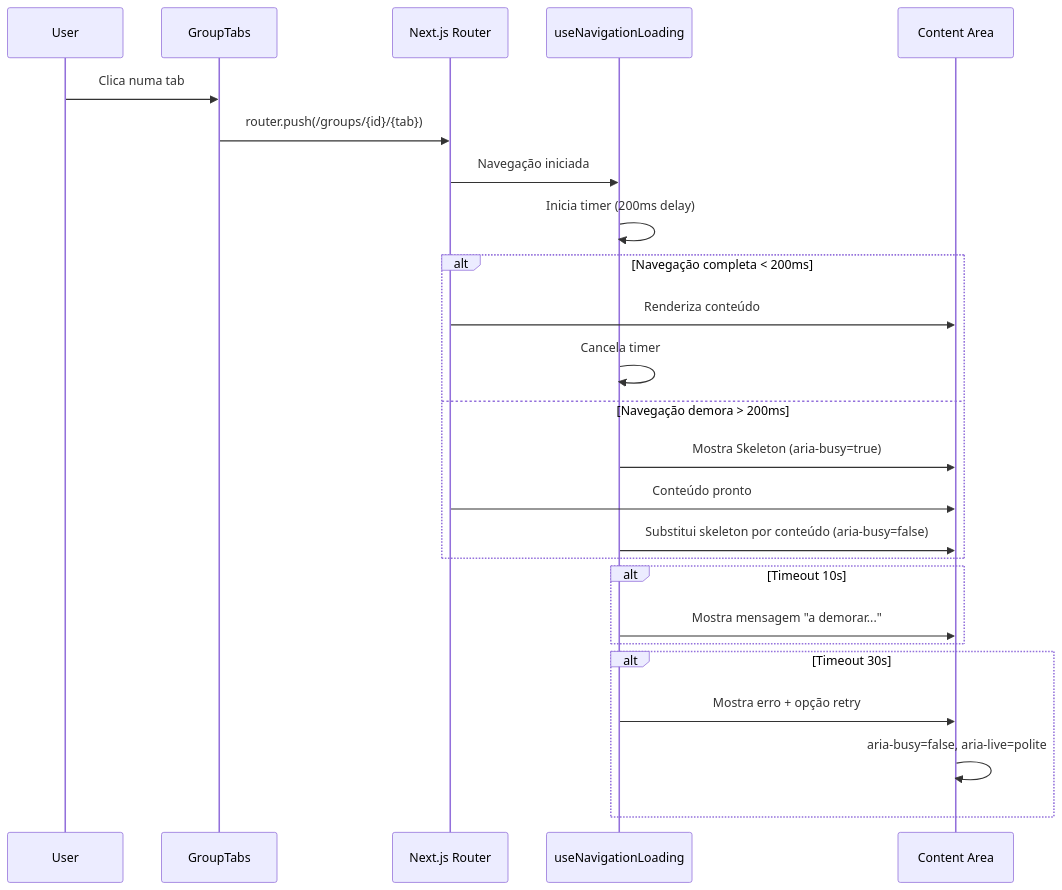
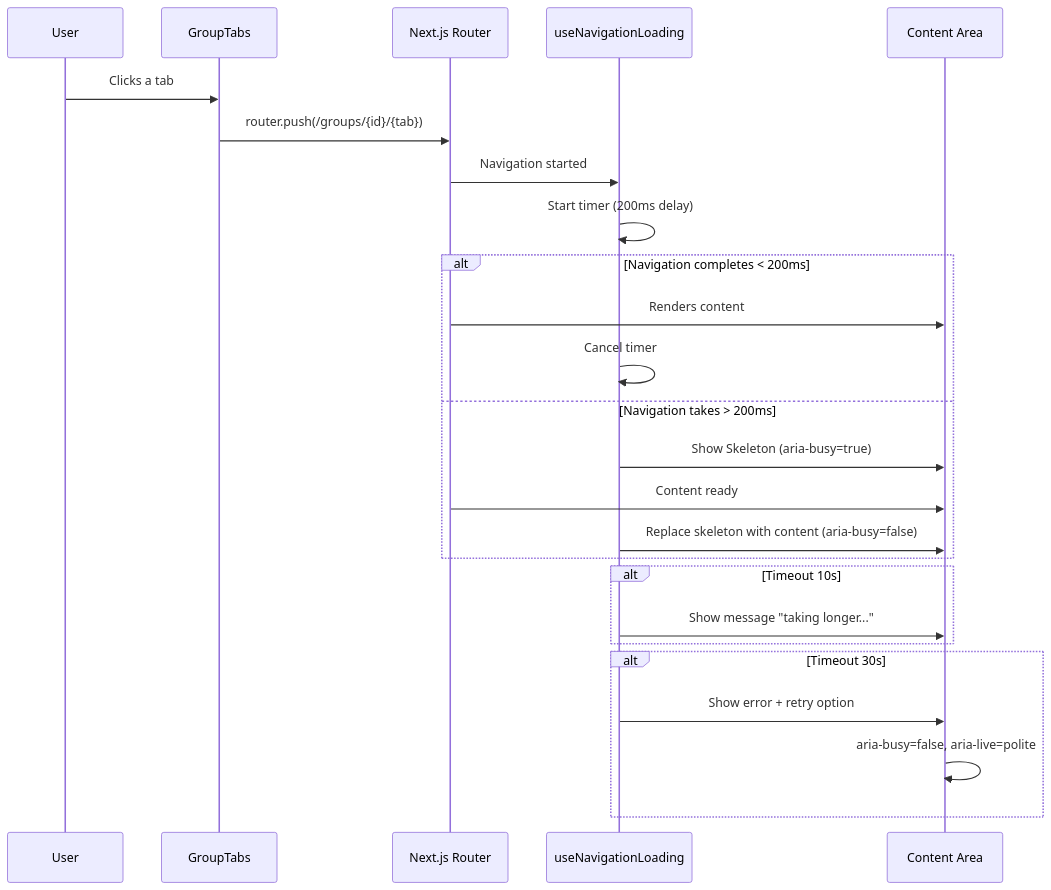
Before and after one commit to rjdmacedo/knots: the second of 2 diagrams in .kiro/specs/tab-loading-states/design.md, drawn with Mermaid. The commit also changed other lines of this file and 15 other files, not shown here.

````diff
--- a/.kiro/specs/tab-loading-states/design.md
+++ b/.kiro/specs/tab-loading-states/design.md
@@ -52,31 +52,31 @@
 ```mermaid
 sequenceDiagram
     participant User
     participant Tabs as GroupTabs
     participant Router as Next.js Router
     participant Hook as useNavigationLoading
     participant Content as Content Area
 
-    User->>Tabs: Clica numa tab
+    User->>Tabs: Clicks a tab
     Tabs->>Router: router.push(/groups/{id}/{tab})
-    Router->>Hook: Navegação iniciada
-    Hook->>Hook: Inicia timer (200ms delay)
+    Router->>Hook: Navigation started
+    Hook->>Hook: Start timer (200ms delay)
 
-    alt Navegação completa < 200ms
-        Router->>Content: Renderiza conteúdo
-        Hook->>Hook: Cancela timer
-    else Navegação demora > 200ms
-        Hook->>Content: Mostra Skeleton (aria-busy=true)
-        Router->>Content: Conteúdo pronto
-        Hook->>Content: Substitui skeleton por conteúdo (aria-busy=false)
+    alt Navigation completes < 200ms
+        Router->>Content: Renders content
+        Hook->>Hook: Cancel timer
+    else Navigation takes > 200ms
+        Hook->>Content: Show Skeleton (aria-busy=true)
+        Router->>Content: Content ready
+        Hook->>Content: Replace skeleton with content (aria-busy=false)
     end
 
     alt Timeout 10s
-        Hook->>Content: Mostra mensagem "a demorar..."
+        Hook->>Content: Show message "taking longer..."
     end
 
     alt Timeout 30s
-        Hook->>Content: Mostra erro + opção retry
+        Hook->>Content: Show error + retry option
         Content->>Content: aria-busy=false, aria-live=polite
     end
 ```
````
